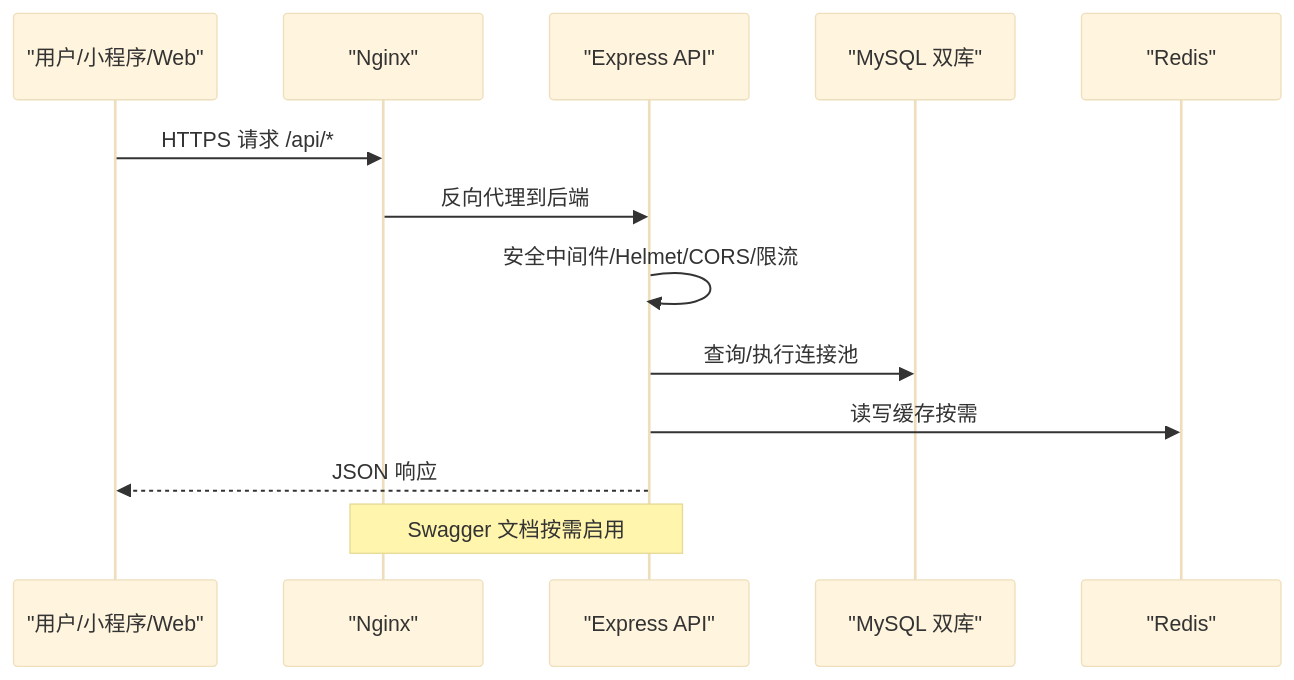
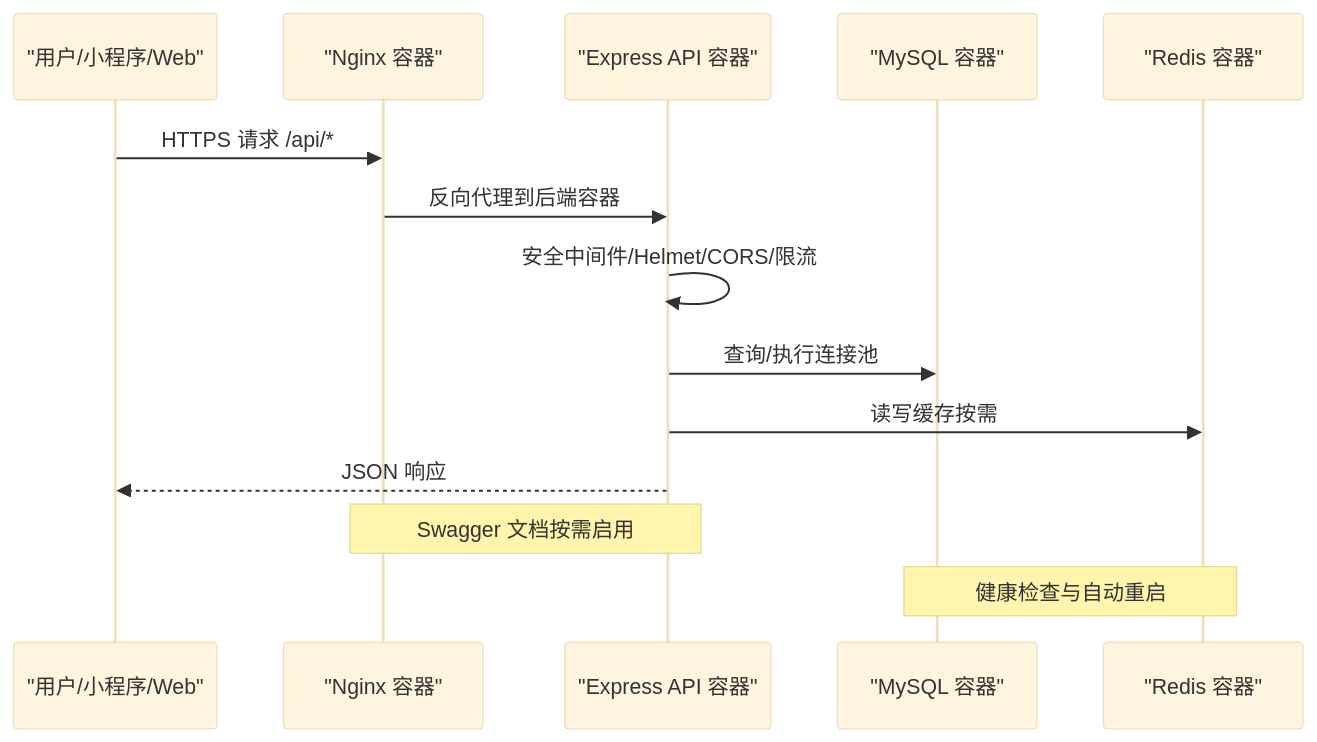
The second of 5 diagrams in .qoder/repowiki/zh/content/部署配置/部署配置.md (War-Blood/WX_APP_OA), drawn with Mermaid (base theme) before and after one commit. The commit also changed other lines of this file and 27 other files, not shown here.

````diff
--- a/.qoder/repowiki/zh/content/部署配置/部署配置.md
+++ b/.qoder/repowiki/zh/content/部署配置/部署配置.md
@@ -105,15 +125,16 @@
 ```mermaid
 sequenceDiagram
 participant U as "用户/小程序/Web"
-participant N as "Nginx"
-participant E as "Express API"
-participant D as "MySQL 双库"
-participant R as "Redis"
+participant N as "Nginx 容器"
+participant E as "Express API 容器"
+participant D as "MySQL 容器"
+participant R as "Redis 容器"
 U->>N : HTTPS 请求 /api/*
-N->>E : 反向代理到后端
+N->>E : 反向代理到后端容器
 E->>E : 安全中间件/Helmet/CORS/限流
 E->>D : 查询/执行连接池
 E->>R : 读写缓存按需
 E-->>U : JSON 响应
 Note over E,N : Swagger 文档按需启用
+Note over D,R : 健康检查与自动重启
 ```
````
